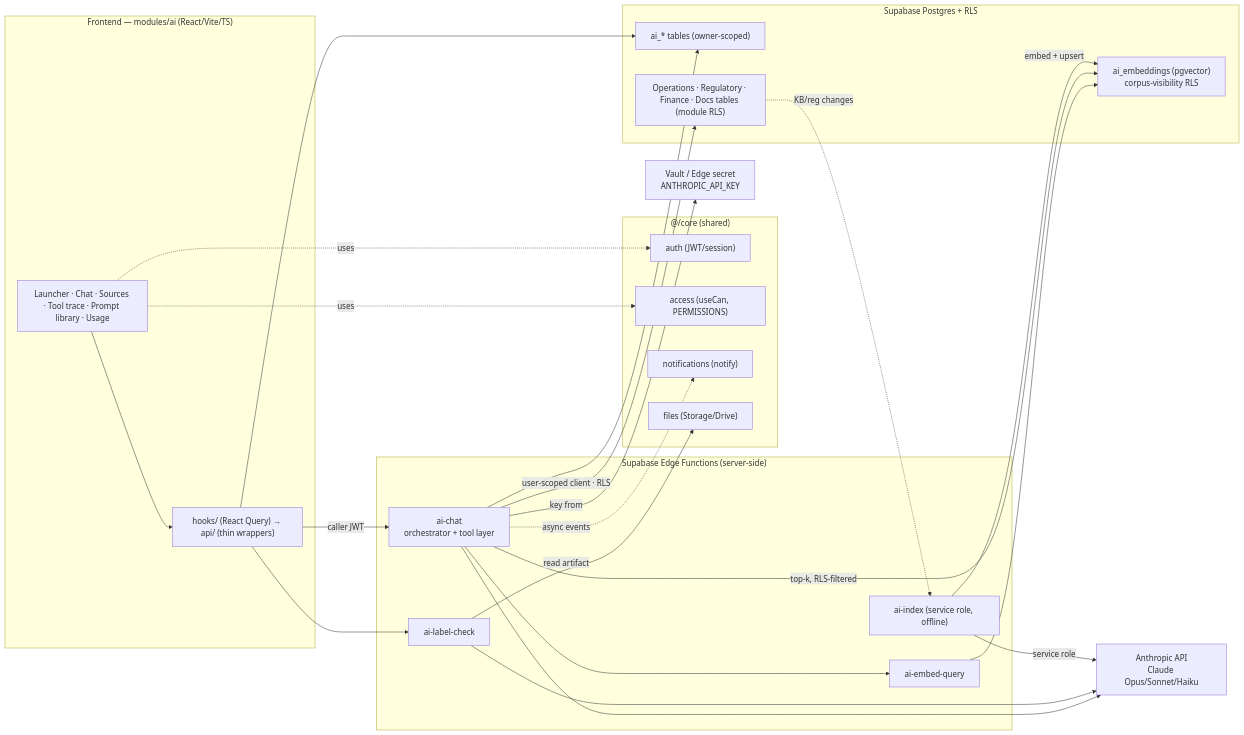
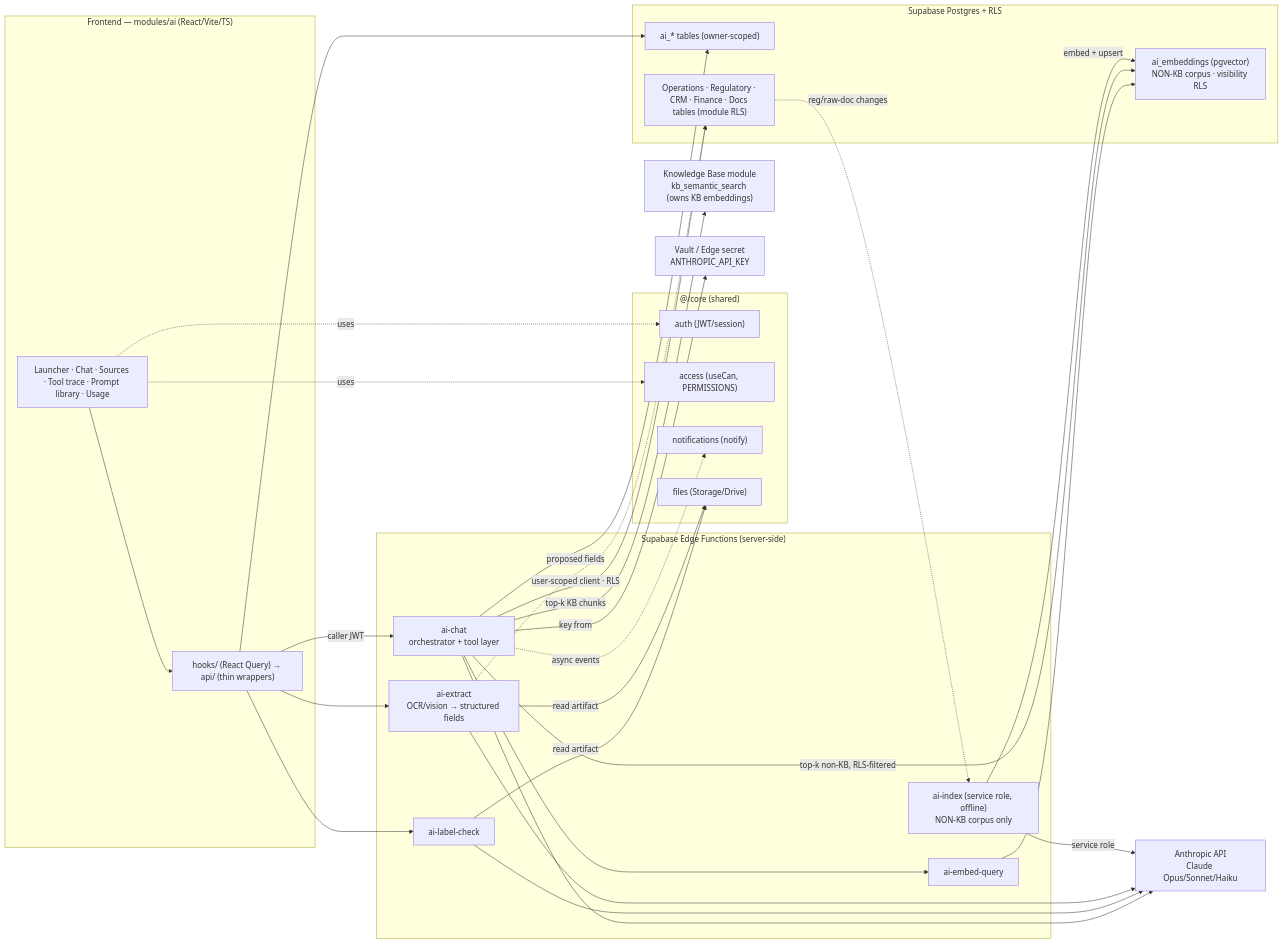
The fourth of 4 diagrams in docs/architecture/modules/ai-assistant.md (taruntps/tps-oms), drawn with Mermaid before and after one commit. The commit also changed other lines of this file and 13 other files, not shown here.

First line of the commit message:
docs(arch): enterprise architecture validation + remediation (blueprint frozen v1.0)

````diff
--- a/docs/architecture/modules/ai-assistant.md
+++ b/docs/architecture/modules/ai-assistant.md
@@ -376,52 +388,59 @@
 ```mermaid
 flowchart LR
   subgraph FE["Frontend — modules/ai (React/Vite/TS)"]
     UI["Launcher · Chat · Sources · Tool trace · Prompt library · Usage"]
     HOOKS["hooks/ (React Query) → api/ (thin wrappers)"]
     UI --> HOOKS
   end
 
   subgraph CORE["@/core (shared)"]
     AUTH["auth (JWT/session)"]
     ACCESS["access (useCan, PERMISSIONS)"]
     NOTIF["notifications (notify)"]
     FILES["files (Storage/Drive)"]
   end
 
   subgraph EDGE["Supabase Edge Functions (server-side)"]
     CHAT["ai-chat<br/>orchestrator + tool layer"]
     EMBEDQ["ai-embed-query"]
-    INDEX["ai-index (service role, offline)"]
+    INDEX["ai-index (service role, offline)<br/>NON-KB corpus only"]
     LCHK["ai-label-check"]
+    XTRACT["ai-extract<br/>OCR/vision → structured fields"]
   end
 
   subgraph DB["Supabase Postgres + RLS"]
     AITBL["ai_* tables (owner-scoped)"]
-    VEC["ai_embeddings (pgvector)<br/>corpus-visibility RLS"]
-    MODS["Operations · Regulatory · Finance · Docs tables (module RLS)"]
+    VEC["ai_embeddings (pgvector)<br/>NON-KB corpus · visibility RLS"]
+    MODS["Operations · Regulatory · CRM · Finance · Docs tables (module RLS)"]
   end
 
+  KB["Knowledge Base module<br/>kb_semantic_search (owns KB embeddings)"]
   ANTH["Anthropic API<br/>Claude Opus/Sonnet/Haiku"]
   VAULT["Vault / Edge secret<br/>ANTHROPIC_API_KEY"]
 
   HOOKS -->|caller JWT| CHAT
   HOOKS --> LCHK
+  HOOKS --> XTRACT
   UI -.uses.-> AUTH & ACCESS
   HOOKS --> AITBL
 
   CHAT -->|user-scoped client · RLS| MODS
   CHAT --> AITBL
   CHAT --> EMBEDQ
   EMBEDQ --> VEC
-  CHAT -->|top-k, RLS-filtered| VEC
+  CHAT -->|top-k non-KB, RLS-filtered| VEC
+  CHAT -->|top-k KB chunks| KB
   CHAT -->|key from| VAULT
   CHAT --> ANTH
   LCHK --> ANTH
   LCHK -->|read artifact| FILES
+  XTRACT --> ANTH
+  XTRACT -->|read artifact| FILES
+  XTRACT -.proposed fields.-> MODS
 
   INDEX -->|embed + upsert| VEC
   INDEX -->|service role| ANTH
-  MODS -.KB/reg changes.-> INDEX
+  MODS -.reg/raw-doc changes.-> INDEX
 
   CHAT -.async events.-> NOTIF
 ```
````
